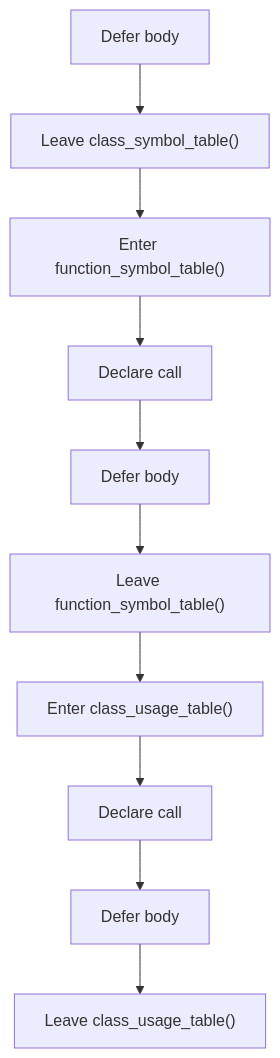
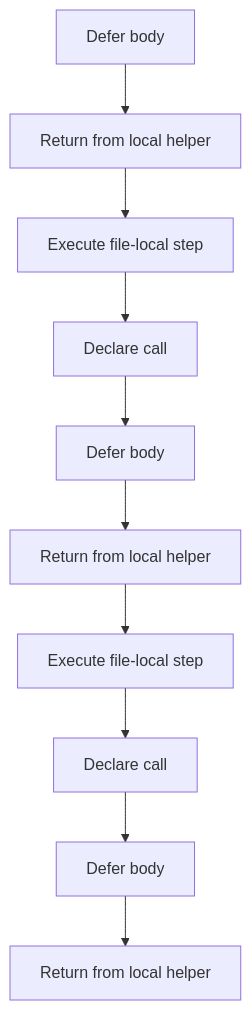
One commit to JohnAndrewBalbarosa/NeoTerritory changed the third of 6 diagrams in docs/Codebase/Microservice/Modules/Header/SyntacticBrokenAST/Analysis/ImplementationUse/Binding/Symbols/Flow/parse_tree_symbols_program_flow.hpp.md. Above: the diagram before and after it, drawn with Mermaid. The commit also changed other lines of this file and 925 other files, not shown here.

````diff
--- a/docs/Codebase/Microservice/Modules/Header/SyntacticBrokenAST/Analysis/ImplementationUse/Binding/Symbols/Flow/parse_tree_symbols_program_flow.hpp.md
+++ b/docs/Codebase/Microservice/Modules/Header/SyntacticBrokenAST/Analysis/ImplementationUse/Binding/Symbols/Flow/parse_tree_symbols_program_flow.hpp.md
@@ -67,22 +67,22 @@
 ```mermaid
 flowchart TD
     N0["Defer body"]
-    N1["Leave class_symbol_table()"]
-    N2["Enter function_symbol_table()"]
+    N1["Return from local helper"]
+    N2["Execute file-local step"]
     N3["Declare call"]
     N4["Defer body"]
-    N5["Leave function_symbol_table()"]
-    N6["Enter class_usage_table()"]
+    N5["Return from local helper"]
+    N6["Execute file-local step"]
     N7["Declare call"]
     N8["Defer body"]
-    N9["Leave class_usage_table()"]
+    N9["Return from local helper"]
     N0 --> N1
     N1 --> N2
     N2 --> N3
     N3 --> N4
     N4 --> N5
     N5 --> N6
     N6 --> N7
     N7 --> N8
     N8 --> N9
 ```
````
